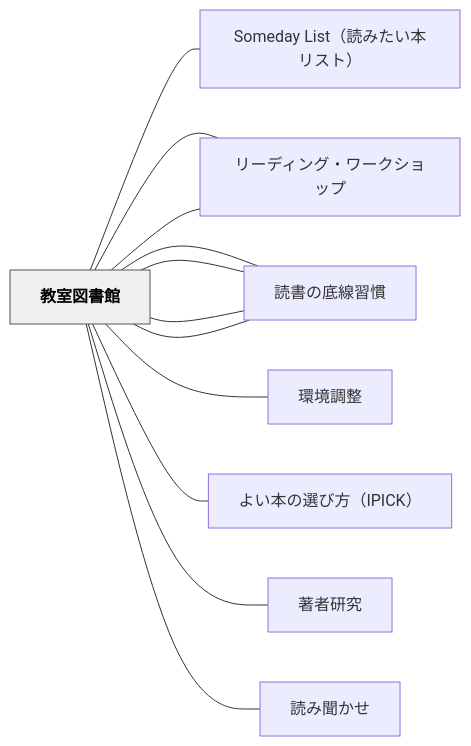
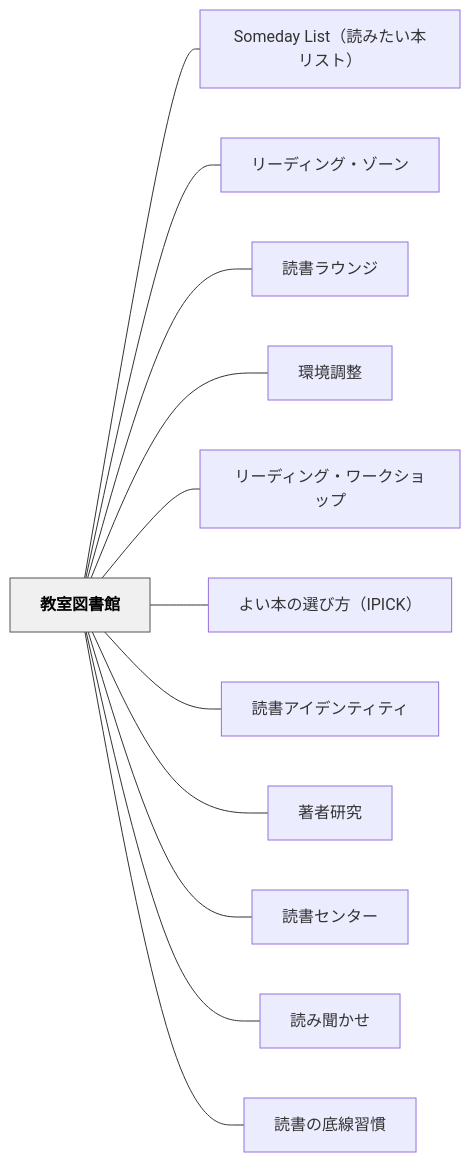
The diagram in content/パタン/教室図書館.md (unknownthings-ed-patterns/unknownthings-ed-patterns), drawn with Mermaid before and after one commit. The commit also changed 527 other files, not shown here.

````diff
--- a/content/パタン/教室図書館.md
+++ b/content/パタン/教室図書館.md
@@ -114,30 +114,30 @@
 ```mermaid
 flowchart LR
-    ne69599e5aea4["教室図書館"]
-    n536f6d656461["Someday List（読みたい本リスト）"]
-    ne383aae383bc["リーディング・ゾーン"]
-    ne8aaade69bb8["読書ラウンジ"]
-    ne792b0e5a283["環境調整"]
-    ne383aae383bc["リーディング・ワークショップ"]
-    ne38288e38184["よい本の選び方（IPICK）"]
-    ne8aaade69bb8["読書アイデンティティ"]
-    ne89197e88085["著者研究"]
-    ne8aaade69bb8["読書センター"]
-    ne8aaade381bf["読み聞かせ"]
-    ne8aaade69bb8["読書の底線習慣"]
+    ne69599e5aea4e59bb3e69bb8e9a4a8["教室図書館"]
+    n536f6d65646179204c697374efbc88e8aaade381bfe3819fe38184e69cace383aae382b9e38388efbc89["Someday List（読みたい本リスト）"]
+    ne383aae383bce38387e382a3e383b3e382b0e383bbe382bee383bce383b3["リーディング・ゾーン"]
+    ne8aaade69bb8e383a9e382a6e383b3e382b8["読書ラウンジ"]
+    ne792b0e5a283e8aabfe695b4["環境調整"]
+    ne383aae383bce38387e382a3e383b3e382b0e383bbe383afe383bce382afe382b7e383a7e38383e38397["リーディング・ワークショップ"]
+    ne38288e38184e69cace381aee981b8e381b3e696b9efbc88495049434befbc89["よい本の選び方（IPICK）"]
+    ne8aaade69bb8e382a2e382a4e38387e383b3e38386e382a3e38386e382a3["読書アイデンティティ"]
+    ne89197e88085e7a094e7a9b6["著者研究"]
+    ne8aaade69bb8e382bbe383b3e382bfe383bc["読書センター"]
+    ne8aaade381bfe8819ee3818be3819b["読み聞かせ"]
+    ne8aaade69bb8e381aee5ba95e7b79ae7bf92e685a3["読書の底線習慣"]
 
-    ne69599e5aea4 --- n536f6d656461
-    ne69599e5aea4 --- ne383aae383bc
-    ne69599e5aea4 --- ne8aaade69bb8
-    ne69599e5aea4 --- ne792b0e5a283
-    ne69599e5aea4 --- ne383aae383bc
-    ne69599e5aea4 --- ne38288e38184
-    ne69599e5aea4 --- ne8aaade69bb8
-    ne69599e5aea4 --- ne89197e88085
-    ne69599e5aea4 --- ne8aaade69bb8
-    ne69599e5aea4 --- ne8aaade381bf
-    ne69599e5aea4 --- ne8aaade69bb8
+    ne69599e5aea4e59bb3e69bb8e9a4a8 --- n536f6d65646179204c697374efbc88e8aaade381bfe3819fe38184e69cace383aae382b9e38388efbc89
+    ne69599e5aea4e59bb3e69bb8e9a4a8 --- ne383aae383bce38387e382a3e383b3e382b0e383bbe382bee383bce383b3
+    ne69599e5aea4e59bb3e69bb8e9a4a8 --- ne8aaade69bb8e383a9e382a6e383b3e382b8
+    ne69599e5aea4e59bb3e69bb8e9a4a8 --- ne792b0e5a283e8aabfe695b4
+    ne69599e5aea4e59bb3e69bb8e9a4a8 --- ne383aae383bce38387e382a3e383b3e382b0e383bbe383afe383bce382afe382b7e383a7e38383e38397
+    ne69599e5aea4e59bb3e69bb8e9a4a8 --- ne38288e38184e69cace381aee981b8e381b3e696b9efbc88495049434befbc89
+    ne69599e5aea4e59bb3e69bb8e9a4a8 --- ne8aaade69bb8e382a2e382a4e38387e383b3e38386e382a3e38386e382a3
+    ne69599e5aea4e59bb3e69bb8e9a4a8 --- ne89197e88085e7a094e7a9b6
+    ne69599e5aea4e59bb3e69bb8e9a4a8 --- ne8aaade69bb8e382bbe383b3e382bfe383bc
+    ne69599e5aea4e59bb3e69bb8e9a4a8 --- ne8aaade381bfe8819ee3818be3819b
+    ne69599e5aea4e59bb3e69bb8e9a4a8 --- ne8aaade69bb8e381aee5ba95e7b79ae7bf92e685a3
 
     classDef hub fill:#f0f0f0,stroke:#555,color:#000,font-weight:bold
-    class ne69599e5aea4 hub
+    class ne69599e5aea4e59bb3e69bb8e9a4a8 hub
 ```
````
